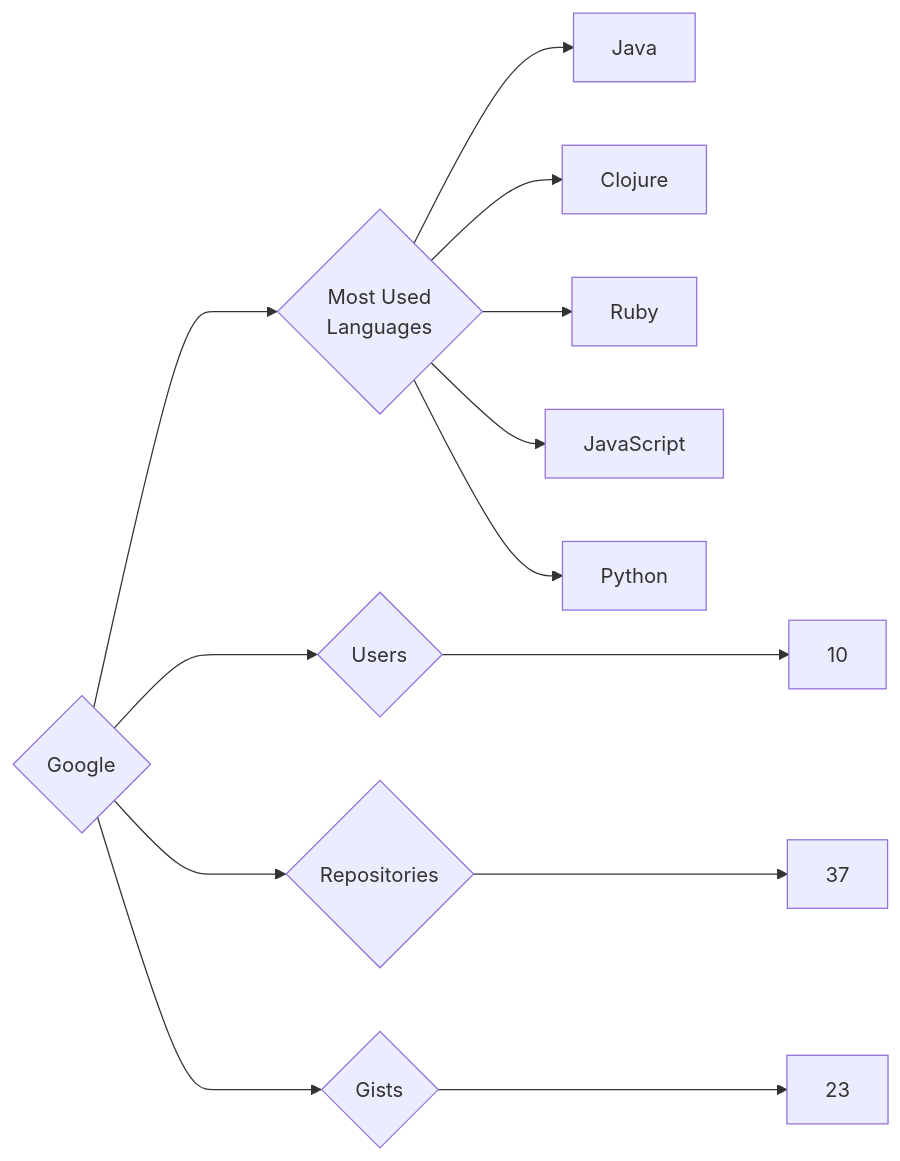
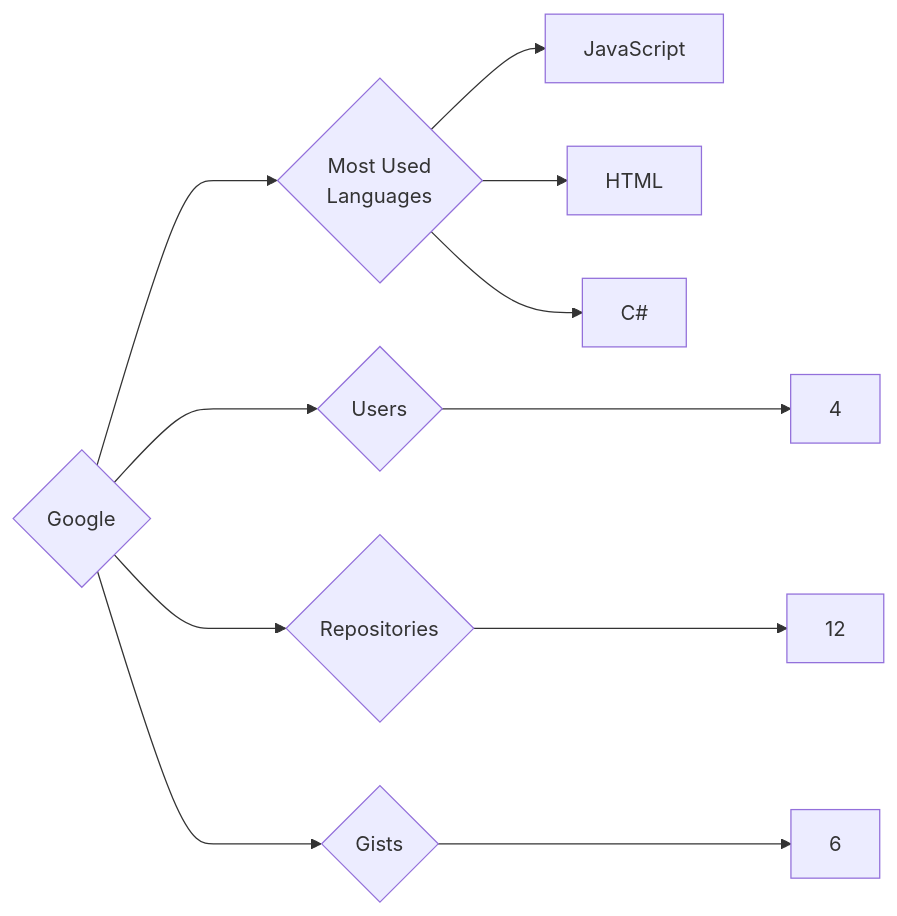
One commit to trickest/insiders changed the diagram in targets/Google/README.md. Above: the diagram before and after it, drawn with Mermaid. The commit also changed 880 other files, not shown here.

````diff
--- a/targets/Google/README.md
+++ b/targets/Google/README.md
@@ -3,13 +3,11 @@
 ```mermaid
 graph LR
 COMPANY_NAME{Google}
-COMPANY_NAME ---> U{Users} ---> UN[10]
-COMPANY_NAME ---> R{Repositories} ---> RN[37]
-COMPANY_NAME ---> G{Gists} ---> GN[23]
+COMPANY_NAME ---> U{Users} ---> UN[4]
+COMPANY_NAME ---> R{Repositories} ---> RN[12]
+COMPANY_NAME ---> G{Gists} ---> GN[6]
 COMPANY_NAME ---> ML{Most Used<br>Languages}
-ML --> Java[Java]
-ML --> Clojure[Clojure]
-ML --> Ruby[Ruby]
 ML --> JavaScript[JavaScript]
-ML --> Python[Python]
+ML --> HTML[HTML]
+ML --> C#[C#]
 ```
````
